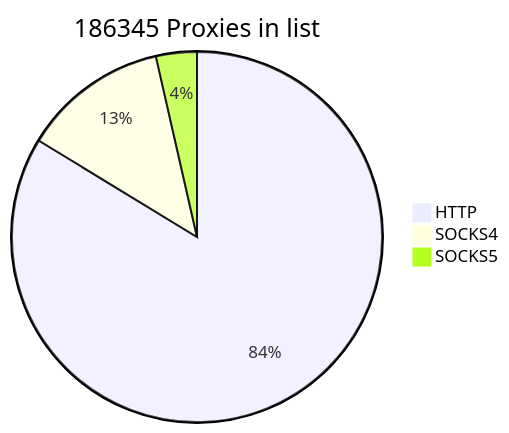
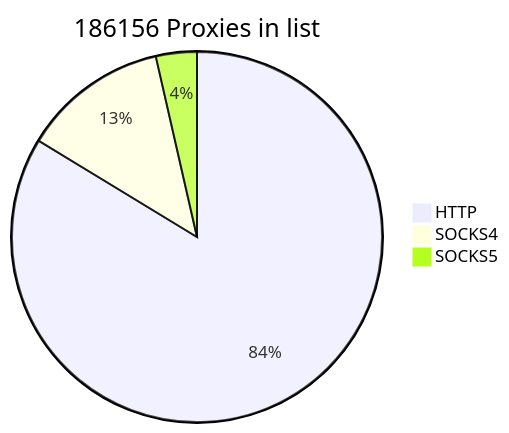
Before and after one commit to cutipu/proxylist: the first of 2 diagrams in README.md, drawn with Mermaid. The commit also changed other lines of this file, not shown here.

````diff
--- a/README.md
+++ b/README.md
@@ -2,7 +2,7 @@
 ```mermaid
-pie title 186345 Proxies in list
-    "HTTP" : 155990
+pie title 186156 Proxies in list
+    "HTTP" : 155800
     "SOCKS4" : 23711
-    "SOCKS5" : 6644
+    "SOCKS5" : 6645
             
 ```
````
